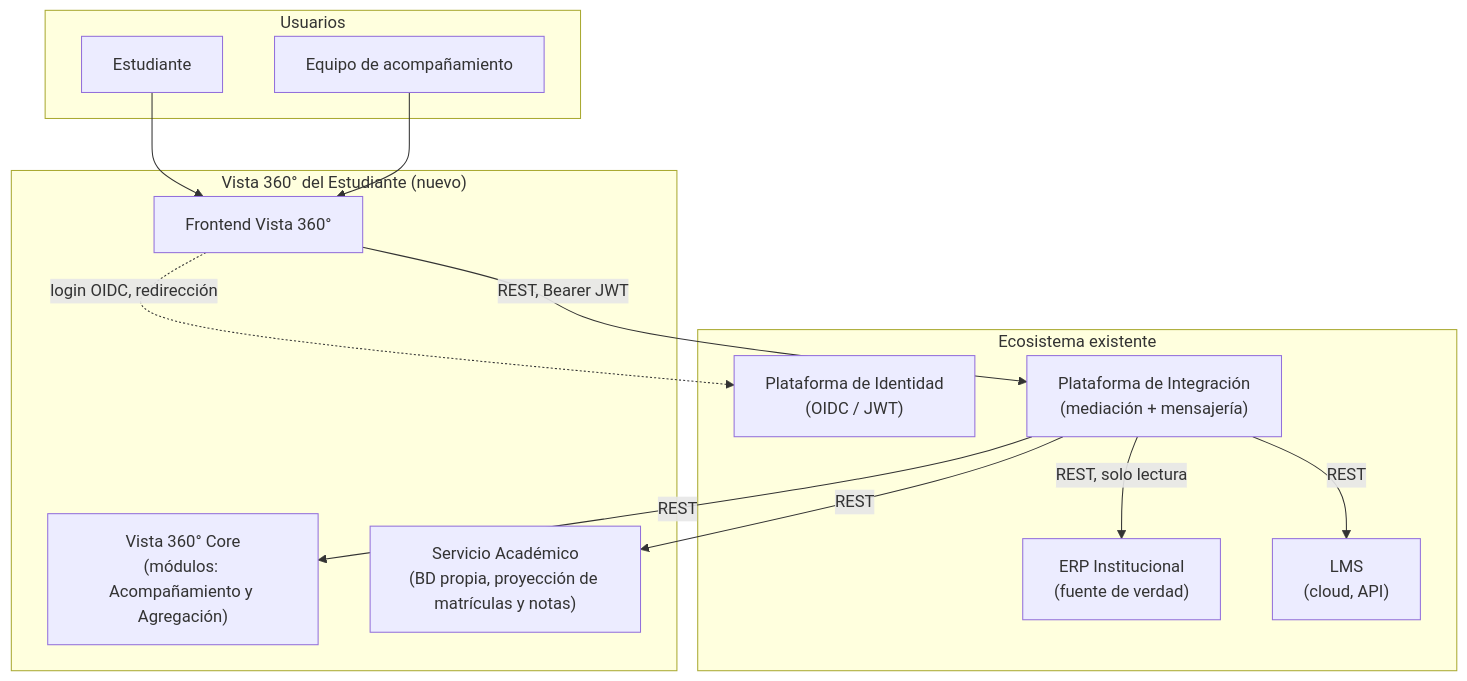
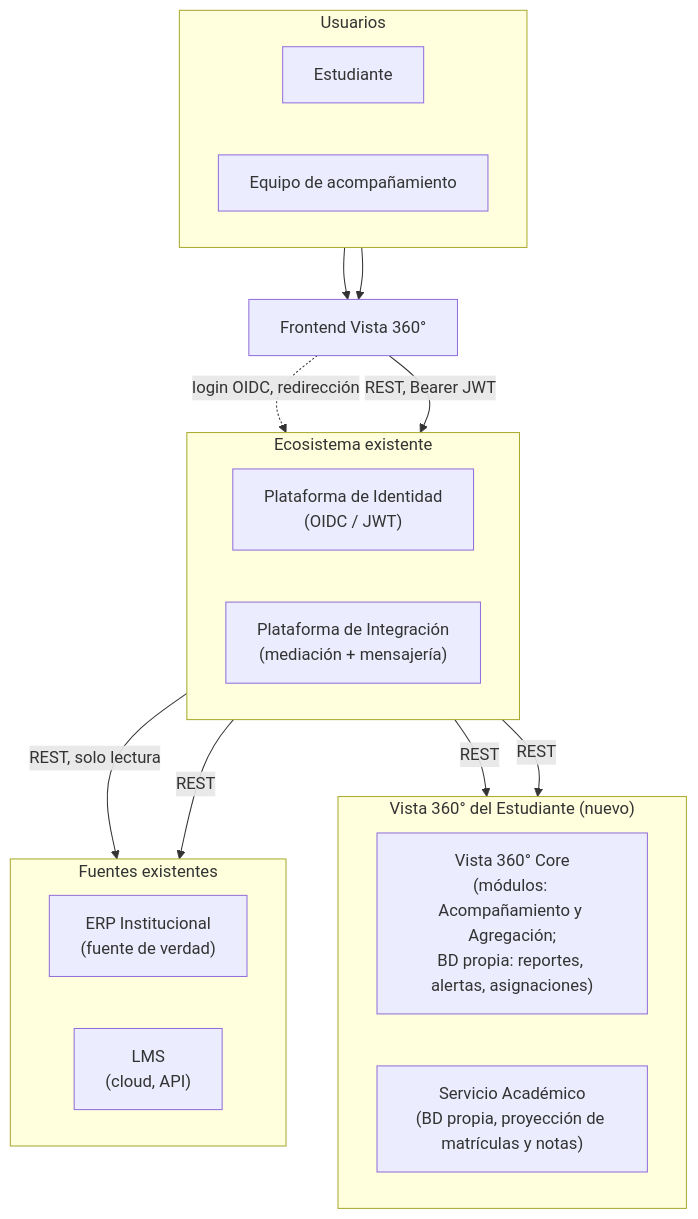
The second of 3 diagrams in docs/01-arquitectura.md (Juanpapb0401/Vista-360), drawn with Mermaid before and after one commit. The commit also changed other lines of this file and 3 other files, not shown here.

````diff
--- a/docs/01-arquitectura.md
+++ b/docs/01-arquitectura.md
@@ -18,35 +64,37 @@
 ```mermaid
 flowchart TD
     subgraph USR["Usuarios"]
+        direction LR
         EST["Estudiante"]
         ACOMP["Equipo de acompañamiento"]
     end
 
-    subgraph V360["Vista 360° del Estudiante (nuevo)"]
-        FE["Frontend Vista 360°"]
-        CORE["Vista 360° Core
-(módulos: Acompañamiento y Agregación)"]
-        ACAD["Servicio Académico
-(BD propia, proyección de matrículas y notas)"]
+    FE["Frontend Vista 360°"]
+
+    subgraph ECO["Ecosistema existente"]
+        direction LR
+        ID["Plataforma de Identidad<br>(OIDC / JWT)"]
+        INT["Plataforma de Integración<br>(mediación + mensajería)"]
     end
 
-    subgraph ECO["Ecosistema existente"]
-        ID["Plataforma de Identidad
-(OIDC / JWT)"]
-        INT["Plataforma de Integración
-(mediación + mensajería)"]
-        ERP["ERP Institucional
-(fuente de verdad)"]
-        LMS["LMS
-(cloud, API)"]
+    subgraph V360["Vista 360° del Estudiante (nuevo)"]
+        direction LR
+        CORE["Vista 360° Core<br>(módulos: Acompañamiento y Agregación;<br>BD propia: reportes, alertas, asignaciones)"]
+        ACAD["Servicio Académico<br>(BD propia, proyección de matrículas y notas)"]
+    end
+
+    subgraph FUENTES["Fuentes existentes"]
+        direction LR
+        ERP["ERP Institucional<br>(fuente de verdad)"]
+        LMS["LMS<br>(cloud, API)"]
     end
 
     EST --> FE
     ACOMP --> FE
-    FE -.->|login OIDC, redirección| ID
-    FE -->|REST, Bearer JWT| INT
-    INT -->|REST| CORE
-    INT -->|REST| ACAD
-    INT -->|REST, solo lectura| ERP
-    INT -->|REST| LMS
+    FE -.->|"login OIDC, redirección"| ID
+    FE -->|"REST, Bearer JWT"| INT
+    INT -->|"REST"| CORE
+    INT -->|"REST"| ACAD
+    INT -->|"REST, solo lectura"| ERP
+    INT -->|"REST"| LMS
 ```
````
